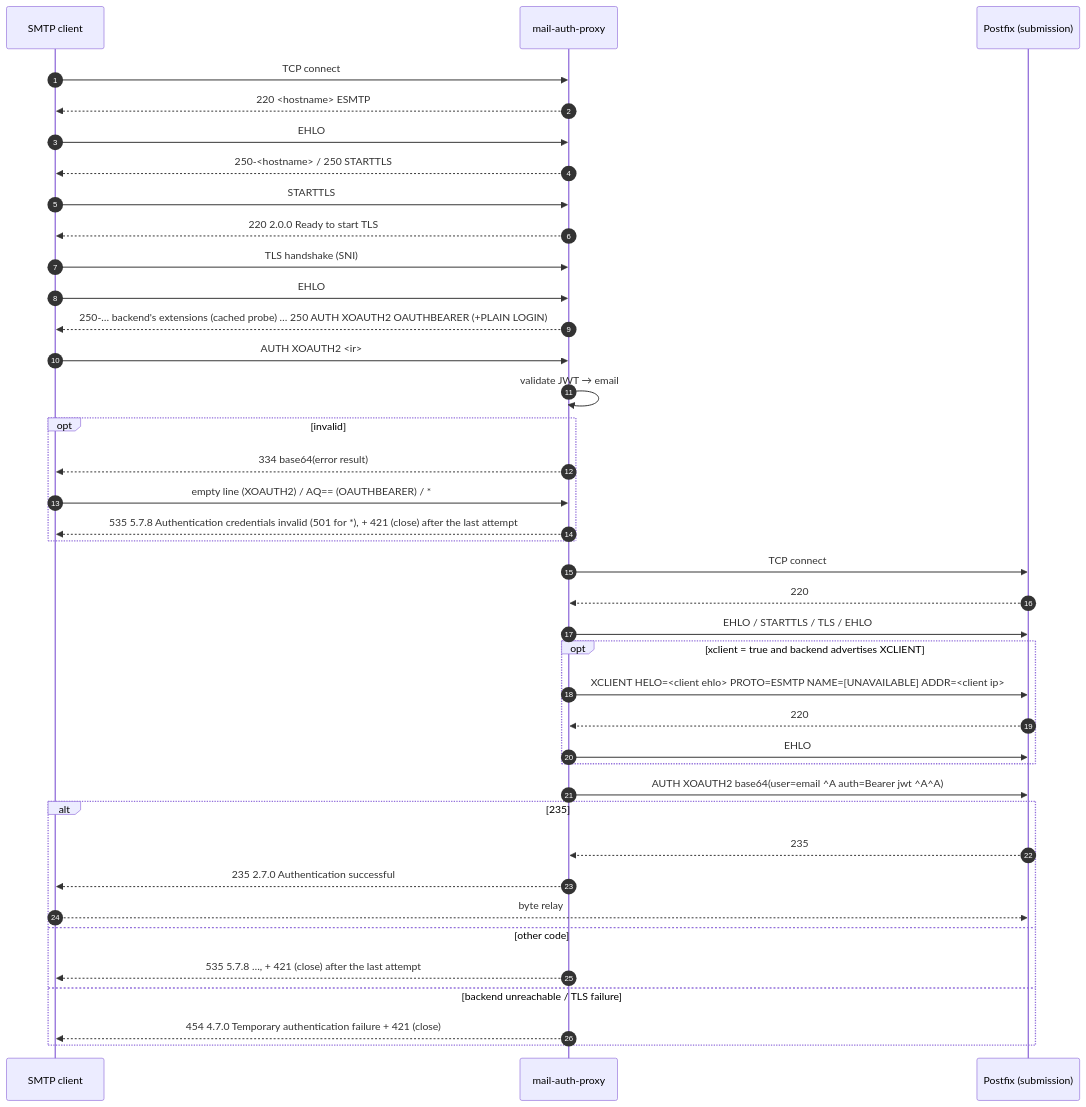
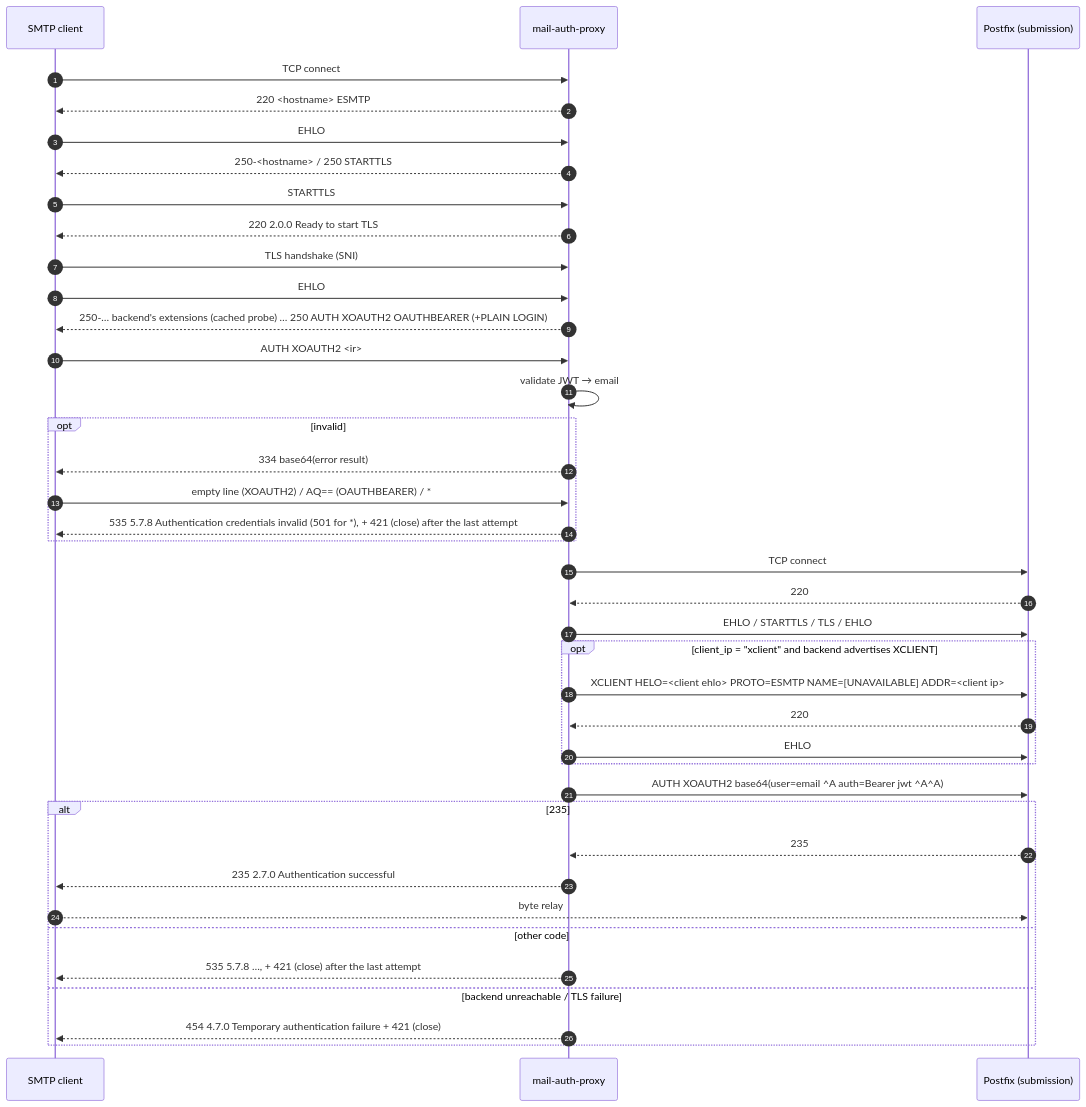
The second of 3 diagrams in docs/protocols.md (NK-IT-CLOUD/mail-auth-proxy), drawn with Mermaid before and after one commit. The commit also changed other lines of this file and 54 other files, not shown here.

````diff
--- a/docs/protocols.md
+++ b/docs/protocols.md
@@ -204,41 +212,41 @@
 ```mermaid
 sequenceDiagram
     autonumber
     participant C as SMTP client
     participant P as mail-auth-proxy
     participant B as Postfix (submission)
     C->>P: TCP connect
     P-->>C: 220 <hostname> ESMTP
     C->>P: EHLO
     P-->>C: 250-<hostname> / 250 STARTTLS
     C->>P: STARTTLS
     P-->>C: 220 2.0.0 Ready to start TLS
     C->>P: TLS handshake (SNI)
     C->>P: EHLO
     P-->>C: 250-… backend's extensions (cached probe) … 250 AUTH XOAUTH2 OAUTHBEARER (+PLAIN LOGIN)
     C->>P: AUTH XOAUTH2 <ir>
     P->>P: validate JWT → email
     opt invalid
         P-->>C: 334 base64(error result)
         C->>P: empty line (XOAUTH2) / AQ== (OAUTHBEARER) / *
         P-->>C: 535 5.7.8 Authentication credentials invalid (501 for *), + 421 (close) after the last attempt
     end
     P->>B: TCP connect
     B-->>P: 220
     P->>B: EHLO / STARTTLS / TLS / EHLO
-    opt xclient = true and backend advertises XCLIENT
+    opt client_ip = "xclient" and backend advertises XCLIENT
         P->>B: XCLIENT HELO=<client ehlo> PROTO=ESMTP NAME=[UNAVAILABLE] ADDR=<client ip>
         B-->>P: 220
         P->>B: EHLO
     end
     P->>B: AUTH XOAUTH2 base64(user=email ^A auth=Bearer jwt ^A^A)
     alt 235
         B-->>P: 235
         P-->>C: 235 2.7.0 Authentication successful
         C-->>B: byte relay
     else other code
         P-->>C: 535 5.7.8 …, + 421 (close) after the last attempt
     else backend unreachable / TLS failure
         P-->>C: 454 4.7.0 Temporary authentication failure + 421 (close)
     end
 ```
````
